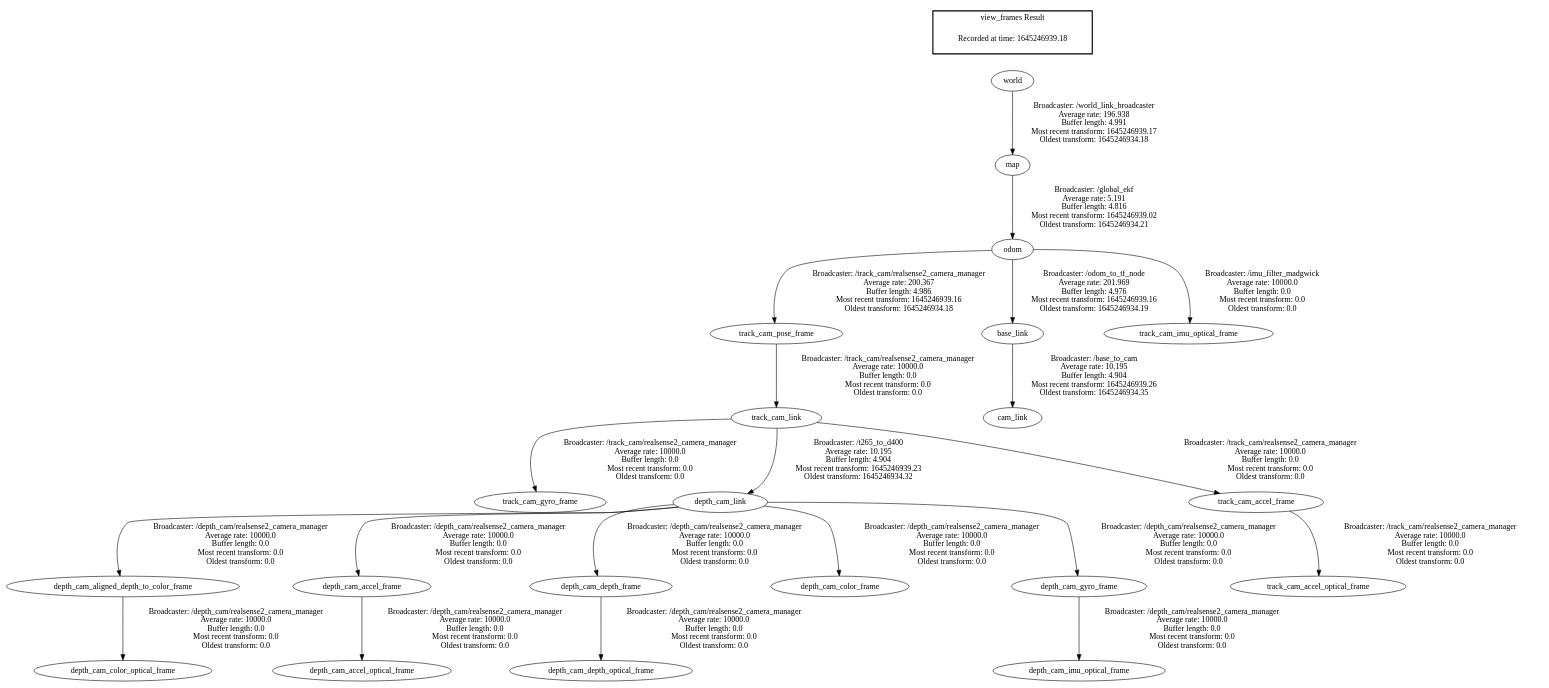
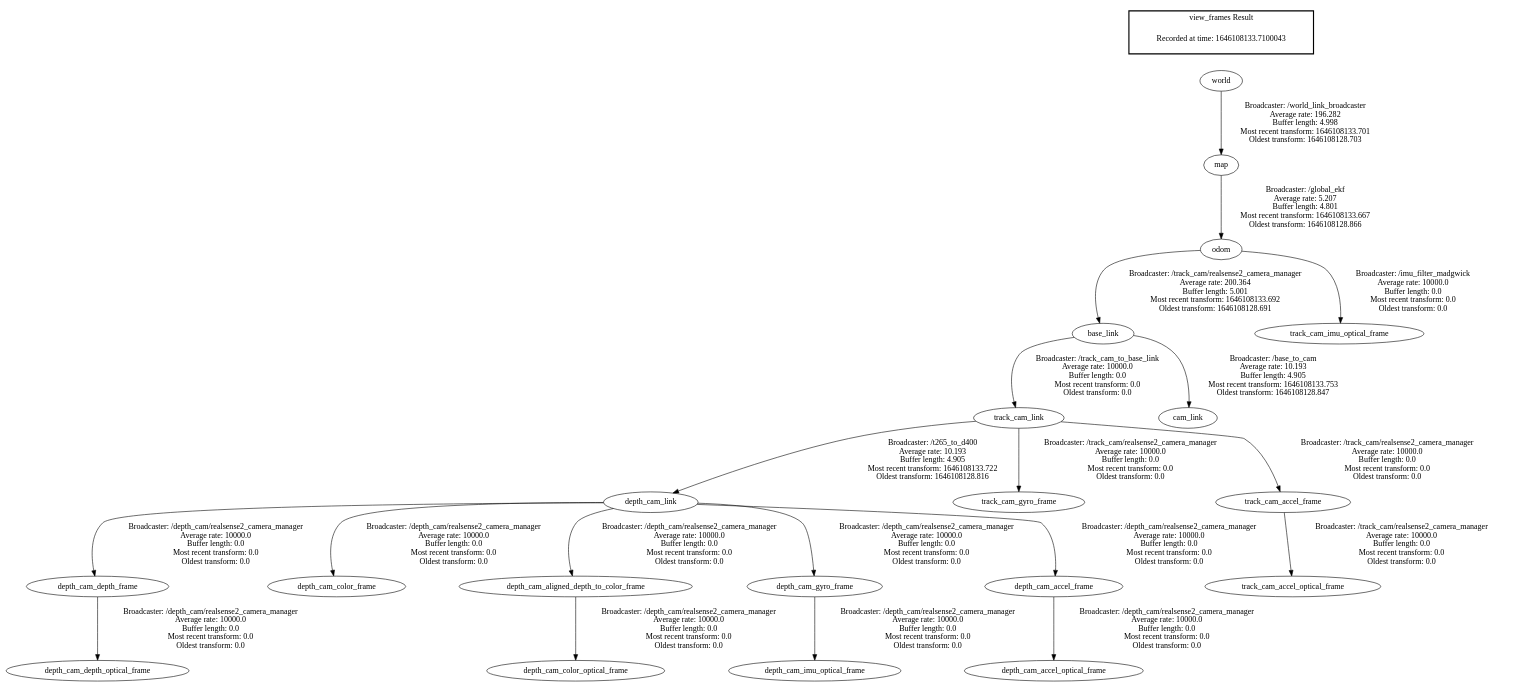
One commit to RoboticSpaceExploration/protobot changed the diagram in src/protobot_hardware/launch/frames.gv. Above: the diagram before and after it, drawn with Graphviz. The commit also changed 7 other files, not shown here.

```diff
--- a/src/protobot_hardware/launch/frames.gv
+++ b/src/protobot_hardware/launch/frames.gv
@@ -1,26 +1,25 @@
 digraph G {
-"depth_cam_aligned_depth_to_color_frame" -> "depth_cam_color_optical_frame"[label=" Broadcaster: /depth_cam/realsense2_camera_manager\nAverage rate: 10000.0\nBuffer length: 0.0\nMost recent transform: 0.0\nOldest transform: 0.0\n"];
-"track_cam_link" -> "track_cam_gyro_frame"[label=" Broadcaster: /track_cam/realsense2_camera_manager\nAverage rate: 10000.0\nBuffer length: 0.0\nMost recent transform: 0.0\nOldest transform: 0.0\n"];
-"track_cam_link" -> "depth_cam_link"[label=" Broadcaster: /t265_to_d400\nAverage rate: 10.195\nBuffer length: 4.904\nMost recent transform: 1645246939.23\nOldest transform: 1645246934.32\n"];
-"track_cam_pose_frame" -> "track_cam_link"[label=" Broadcaster: /track_cam/realsense2_camera_manager\nAverage rate: 10000.0\nBuffer length: 0.0\nMost recent transform: 0.0\nOldest transform: 0.0\n"];
-"odom" -> "track_cam_pose_frame"[label=" Broadcaster: /track_cam/realsense2_camera_manager\nAverage rate: 200.367\nBuffer length: 4.986\nMost recent transform: 1645246939.16\nOldest transform: 1645246934.18\n"];
-"depth_cam_link" -> "depth_cam_aligned_depth_to_color_frame"[label=" Broadcaster: /depth_cam/realsense2_camera_manager\nAverage rate: 10000.0\nBuffer length: 0.0\nMost recent transform: 0.0\nOldest transform: 0.0\n"];
-"depth_cam_accel_frame" -> "depth_cam_accel_optical_frame"[label=" Broadcaster: /depth_cam/realsense2_camera_manager\nAverage rate: 10000.0\nBuffer length: 0.0\nMost recent transform: 0.0\nOldest transform: 0.0\n"];
-"track_cam_link" -> "track_cam_accel_frame"[label=" Broadcaster: /track_cam/realsense2_camera_manager\nAverage rate: 10000.0\nBuffer length: 0.0\nMost recent transform: 0.0\nOldest transform: 0.0\n"];
+"odom" -> "base_link"[label=" Broadcaster: /track_cam/realsense2_camera_manager\nAverage rate: 200.364\nBuffer length: 5.001\nMost recent transform: 1646108133.692\nOldest transform: 1646108128.691\n"];
+"map" -> "odom"[label=" Broadcaster: /global_ekf\nAverage rate: 5.207\nBuffer length: 4.801\nMost recent transform: 1646108133.667\nOldest transform: 1646108128.866\n"];
+"world" -> "map"[label=" Broadcaster: /world_link_broadcaster\nAverage rate: 196.282\nBuffer length: 4.998\nMost recent transform: 1646108133.701\nOldest transform: 1646108128.703\n"];
+"depth_cam_link" -> "depth_cam_depth_frame"[label=" Broadcaster: /depth_cam/realsense2_camera_manager\nAverage rate: 10000.0\nBuffer length: 0.0\nMost recent transform: 0.0\nOldest transform: 0.0\n"];
+"track_cam_link" -> "depth_cam_link"[label=" Broadcaster: /t265_to_d400\nAverage rate: 10.193\nBuffer length: 4.905\nMost recent transform: 1646108133.722\nOldest transform: 1646108128.816\n"];
 "depth_cam_depth_frame" -> "depth_cam_depth_optical_frame"[label=" Broadcaster: /depth_cam/realsense2_camera_manager\nAverage rate: 10000.0\nBuffer length: 0.0\nMost recent transform: 0.0\nOldest transform: 0.0\n"];
 "depth_cam_link" -> "depth_cam_color_frame"[label=" Broadcaster: /depth_cam/realsense2_camera_manager\nAverage rate: 10000.0\nBuffer length: 0.0\nMost recent transform: 0.0\nOldest transform: 0.0\n"];
-"map" -> "odom"[label=" Broadcaster: /global_ekf\nAverage rate: 5.191\nBuffer length: 4.816\nMost recent transform: 1645246939.02\nOldest transform: 1645246934.21\n"];
-"base_link" -> "cam_link"[label=" Broadcaster: /base_to_cam\nAverage rate: 10.195\nBuffer length: 4.904\nMost recent transform: 1645246939.26\nOldest transform: 1645246934.35\n"];
+"depth_cam_aligned_depth_to_color_frame" -> "depth_cam_color_optical_frame"[label=" Broadcaster: /depth_cam/realsense2_camera_manager\nAverage rate: 10000.0\nBuffer length: 0.0\nMost recent transform: 0.0\nOldest transform: 0.0\n"];
+"depth_cam_link" -> "depth_cam_aligned_depth_to_color_frame"[label=" Broadcaster: /depth_cam/realsense2_camera_manager\nAverage rate: 10000.0\nBuffer length: 0.0\nMost recent transform: 0.0\nOldest transform: 0.0\n"];
 "depth_cam_link" -> "depth_cam_gyro_frame"[label=" Broadcaster: /depth_cam/realsense2_camera_manager\nAverage rate: 10000.0\nBuffer length: 0.0\nMost recent transform: 0.0\nOldest transform: 0.0\n"];
-"odom" -> "base_link"[label=" Broadcaster: /odom_to_tf_node\nAverage rate: 201.969\nBuffer length: 4.976\nMost recent transform: 1645246939.16\nOldest transform: 1645246934.19\n"];
-"world" -> "map"[label=" Broadcaster: /world_link_broadcaster\nAverage rate: 196.938\nBuffer length: 4.991\nMost recent transform: 1645246939.17\nOldest transform: 1645246934.18\n"];
-"odom" -> "track_cam_imu_optical_frame"[label=" Broadcaster: /imu_filter_madgwick\nAverage rate: 10000.0\nBuffer length: 0.0\nMost recent transform: 0.0\nOldest transform: 0.0\n"];
 "depth_cam_gyro_frame" -> "depth_cam_imu_optical_frame"[label=" Broadcaster: /depth_cam/realsense2_camera_manager\nAverage rate: 10000.0\nBuffer length: 0.0\nMost recent transform: 0.0\nOldest transform: 0.0\n"];
 "depth_cam_link" -> "depth_cam_accel_frame"[label=" Broadcaster: /depth_cam/realsense2_camera_manager\nAverage rate: 10000.0\nBuffer length: 0.0\nMost recent transform: 0.0\nOldest transform: 0.0\n"];
-"depth_cam_link" -> "depth_cam_depth_frame"[label=" Broadcaster: /depth_cam/realsense2_camera_manager\nAverage rate: 10000.0\nBuffer length: 0.0\nMost recent transform: 0.0\nOldest transform: 0.0\n"];
+"depth_cam_accel_frame" -> "depth_cam_accel_optical_frame"[label=" Broadcaster: /depth_cam/realsense2_camera_manager\nAverage rate: 10000.0\nBuffer length: 0.0\nMost recent transform: 0.0\nOldest transform: 0.0\n"];
+"track_cam_link" -> "track_cam_gyro_frame"[label=" Broadcaster: /track_cam/realsense2_camera_manager\nAverage rate: 10000.0\nBuffer length: 0.0\nMost recent transform: 0.0\nOldest transform: 0.0\n"];
+"base_link" -> "track_cam_link"[label=" Broadcaster: /track_cam_to_base_link\nAverage rate: 10000.0\nBuffer length: 0.0\nMost recent transform: 0.0\nOldest transform: 0.0\n"];
+"odom" -> "track_cam_imu_optical_frame"[label=" Broadcaster: /imu_filter_madgwick\nAverage rate: 10000.0\nBuffer length: 0.0\nMost recent transform: 0.0\nOldest transform: 0.0\n"];
+"track_cam_link" -> "track_cam_accel_frame"[label=" Broadcaster: /track_cam/realsense2_camera_manager\nAverage rate: 10000.0\nBuffer length: 0.0\nMost recent transform: 0.0\nOldest transform: 0.0\n"];
 "track_cam_accel_frame" -> "track_cam_accel_optical_frame"[label=" Broadcaster: /track_cam/realsense2_camera_manager\nAverage rate: 10000.0\nBuffer length: 0.0\nMost recent transform: 0.0\nOldest transform: 0.0\n"];
+"base_link" -> "cam_link"[label=" Broadcaster: /base_to_cam\nAverage rate: 10.193\nBuffer length: 4.905\nMost recent transform: 1646108133.753\nOldest transform: 1646108128.847\n"];
 edge [style=invis];
  subgraph cluster_legend { style=bold; color=black; label ="view_frames Result";
-"Recorded at time: 1645246939.18"[ shape=plaintext ] ;
+"Recorded at time: 1646108133.7100043"[ shape=plaintext ] ;
 }->"world";
 }
```
